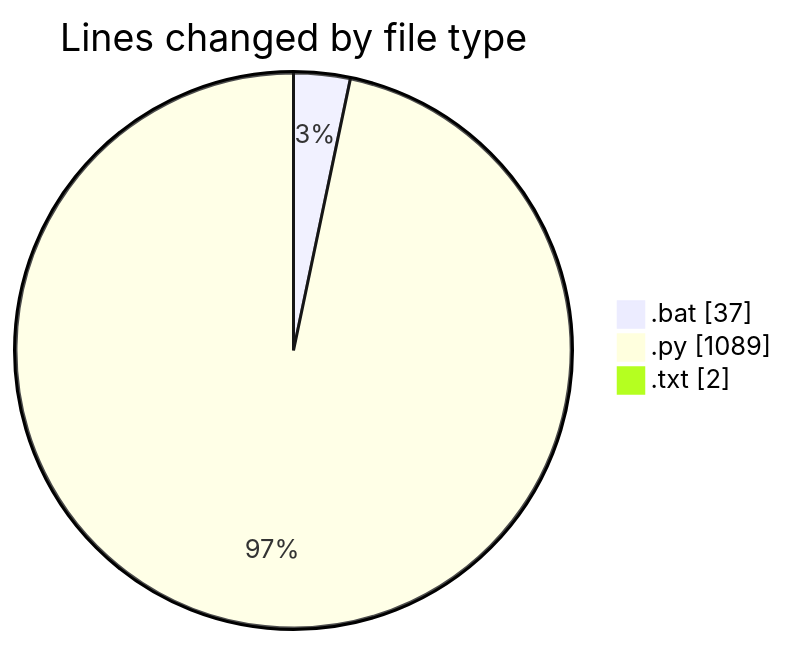
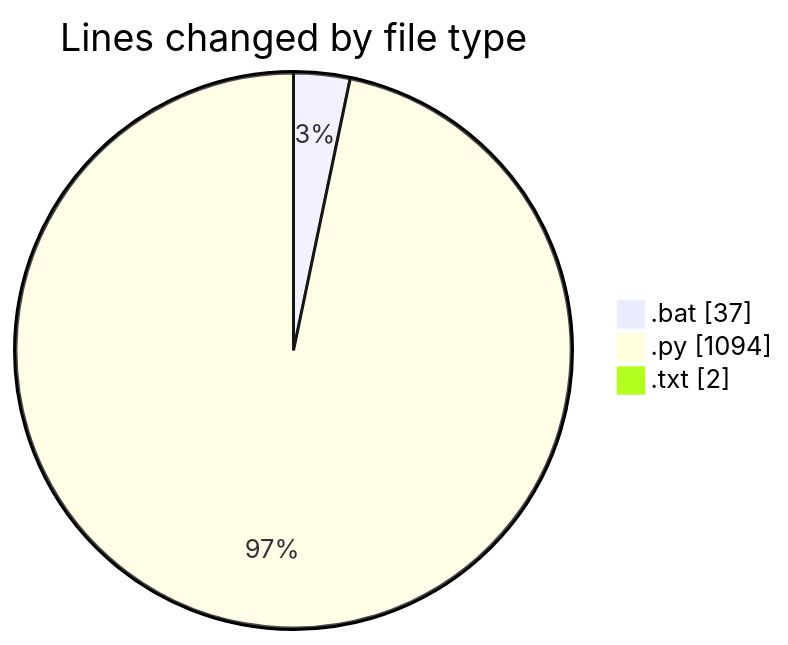
Before and after one commit to FelipKnott/code-tracking: the first of 2 diagrams in 2025-07-04/cursor/README.md, drawn with Mermaid. The commit also changed other lines of this file and 1 other file, not shown here.

````diff
--- a/2025-07-04/cursor/README.md
+++ b/2025-07-04/cursor/README.md
@@ -35,7 +35,7 @@
 ```mermaid
 pie showData
 title Lines changed by file type
 ".bat" : 37
-".py" : 1089
+".py" : 1094
 ".txt" : 2
 ```
````
